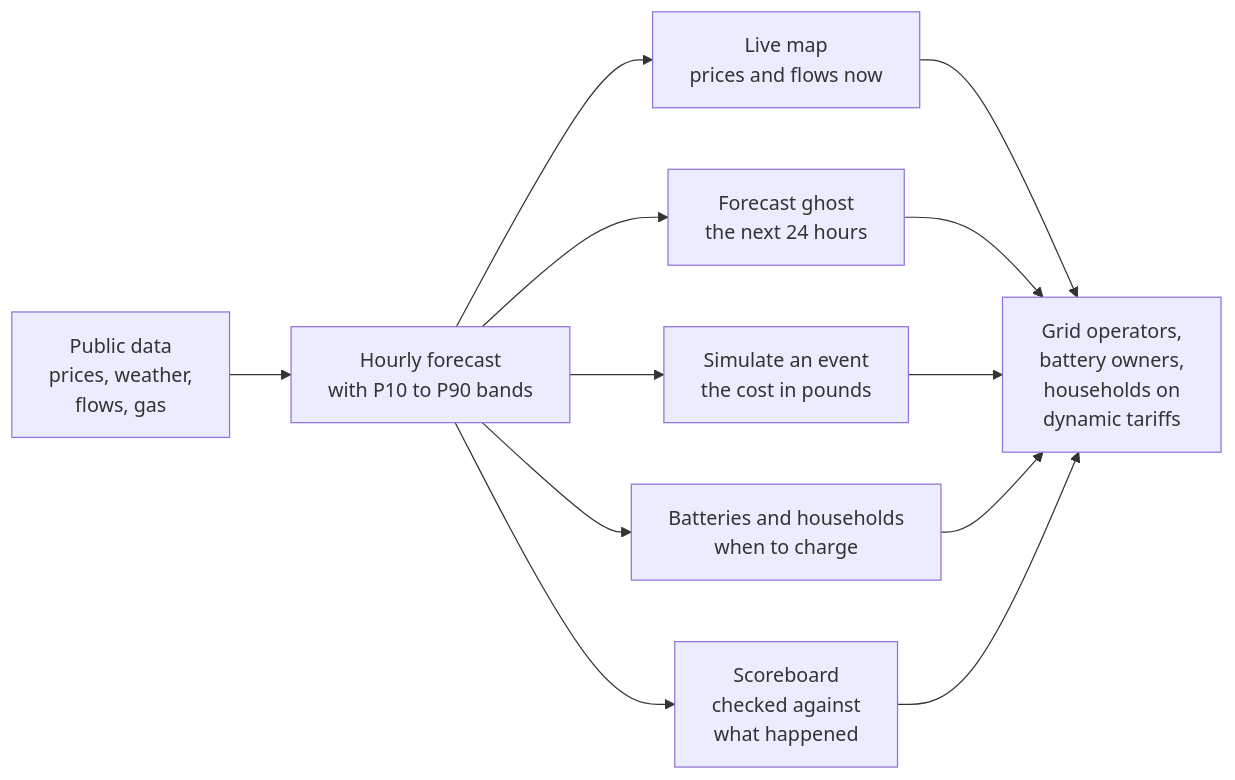
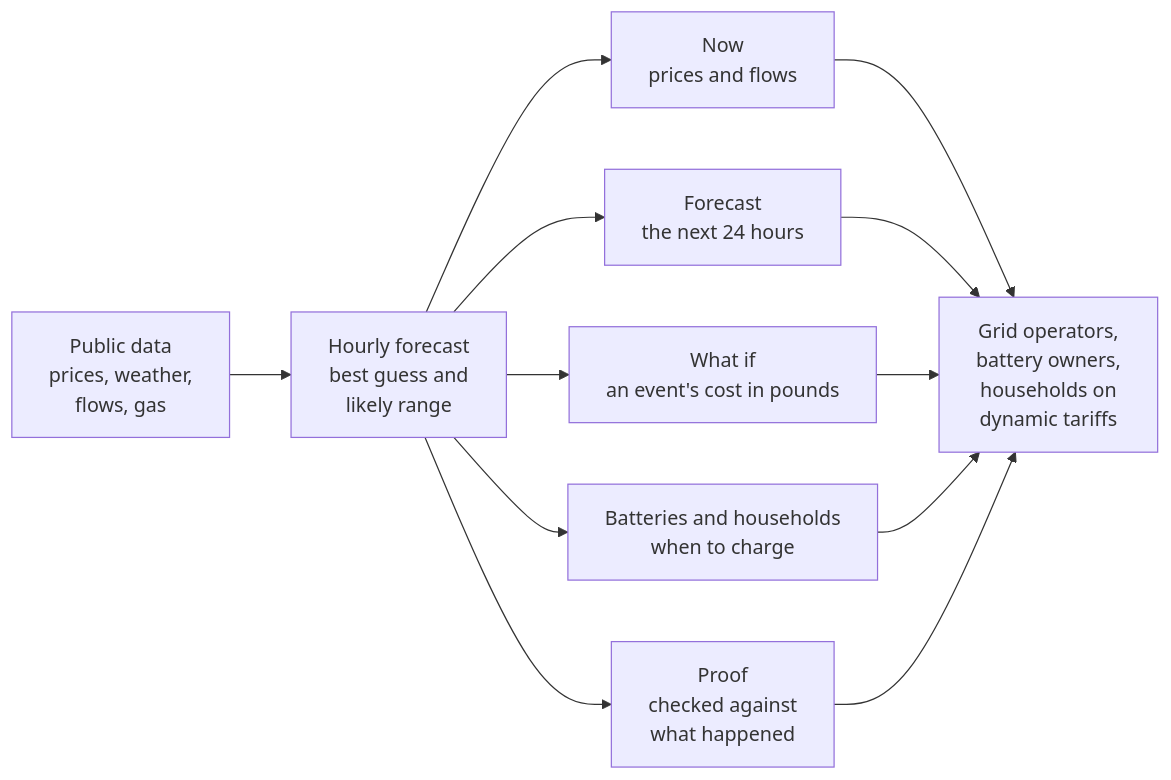
The first of 3 diagrams in README.md (keanucz/living-grid), drawn with Mermaid before and after one commit. The commit also changed other lines of this file, not shown here.

````diff
--- a/README.md
+++ b/README.md
@@ -13,10 +13,10 @@
 ```mermaid
 flowchart LR
-    D["Public data<br/>prices, weather,<br/>flows, gas"] --> F["Hourly forecast<br/>with P10 to P90 bands"]
-    F --> M["Live map<br/>prices and flows now"]
-    F --> G["Forecast ghost<br/>the next 24 hours"]
-    F --> S["Simulate an event<br/>the cost in pounds"]
+    D["Public data<br/>prices, weather,<br/>flows, gas"] --> F["Hourly forecast<br/>best guess and<br/>likely range"]
+    F --> M["Now<br/>prices and flows"]
+    F --> G["Forecast<br/>the next 24 hours"]
+    F --> S["What if<br/>an event's cost in pounds"]
     F --> B["Batteries and households<br/>when to charge"]
-    F --> SC["Scoreboard<br/>checked against<br/>what happened"]
+    F --> SC["Proof<br/>checked against<br/>what happened"]
     M & G & S & B & SC --> P["Grid operators,<br/>battery owners,<br/>households on<br/>dynamic tariffs"]
 ```
````
